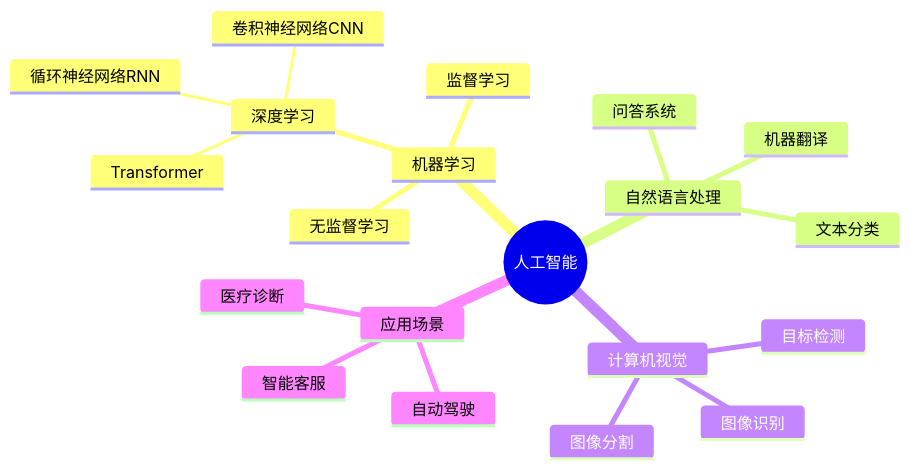
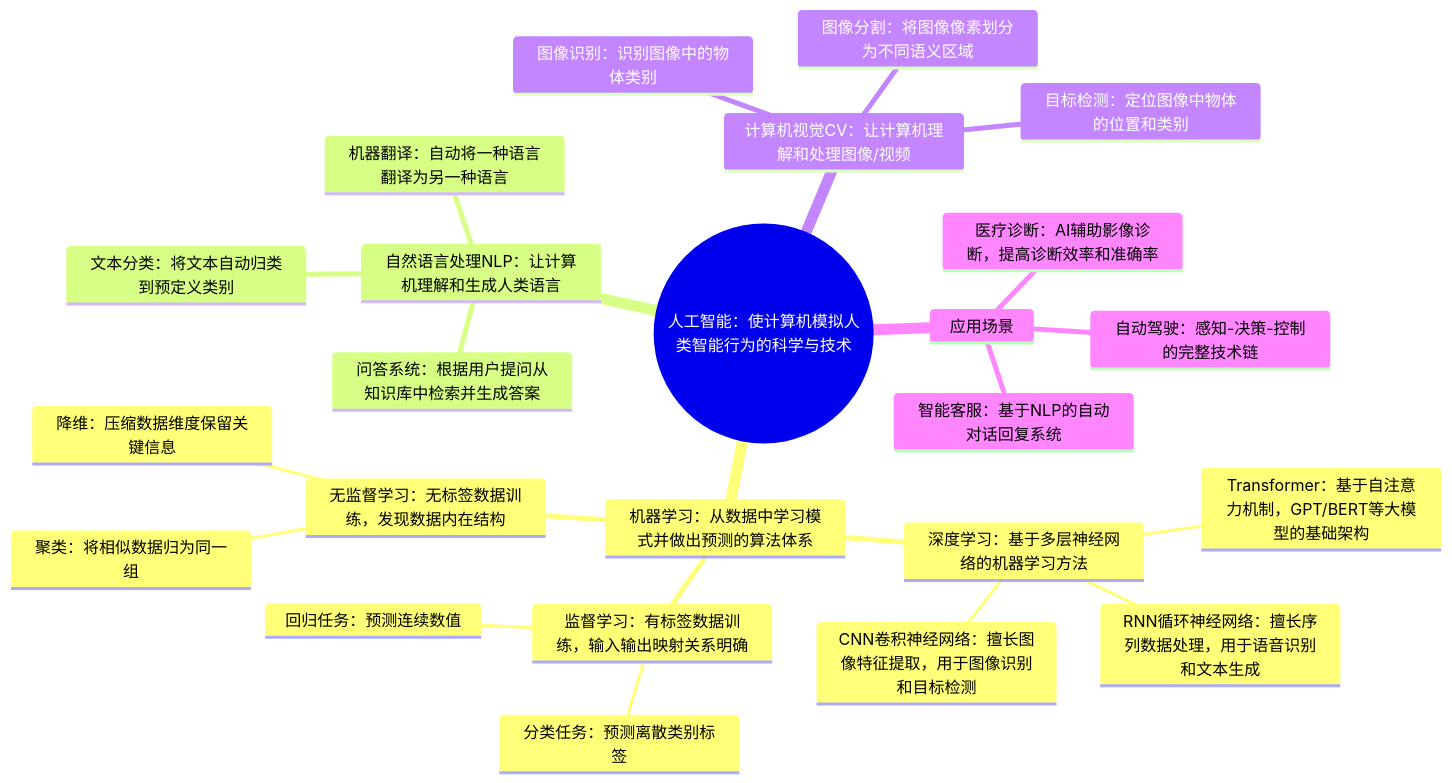
One commit to heisen-li/heisen-skills changed the second of 2 diagrams in mm2map/references/mermaid-syntax.md. Above: the diagram before and after it, drawn with Mermaid. The commit also changed other lines of this file and 9 other files, not shown here.

````diff
--- a/mm2map/references/mermaid-syntax.md
+++ b/mm2map/references/mermaid-syntax.md
@@ -30,23 +32,27 @@
 ```mermaid
 mindmap
-  root((人工智能))
-    机器学习
-      深度学习
-        卷积神经网络CNN
-        循环神经网络RNN
-        Transformer
-      监督学习
-      无监督学习
-    自然语言处理
-      文本分类
-      机器翻译
-      问答系统
-    计算机视觉
-      图像识别
-      目标检测
-      图像分割
+  root((人工智能：使计算机模拟人类智能行为的科学与技术))
+    机器学习：从数据中学习模式并做出预测的算法体系
+      深度学习：基于多层神经网络的机器学习方法
+        CNN卷积神经网络：擅长图像特征提取，用于图像识别和目标检测
+        RNN循环神经网络：擅长序列数据处理，用于语音识别和文本生成
+        Transformer：基于自注意力机制，GPT/BERT等大模型的基础架构
+      监督学习：有标签数据训练，输入输出映射关系明确
+        分类任务：预测离散类别标签
+        回归任务：预测连续数值
+      无监督学习：无标签数据训练，发现数据内在结构
+        聚类：将相似数据归为同一组
+        降维：压缩数据维度保留关键信息
+    自然语言处理NLP：让计算机理解和生成人类语言
+      文本分类：将文本自动归类到预定义类别
+      机器翻译：自动将一种语言翻译为另一种语言
+      问答系统：根据用户提问从知识库中检索并生成答案
+    计算机视觉CV：让计算机理解和处理图像/视频
+      图像识别：识别图像中的物体类别
+      目标检测：定位图像中物体的位置和类别
+      图像分割：将图像像素划分为不同语义区域
     应用场景
-      医疗诊断
-      自动驾驶
-      智能客服
+      医疗诊断：AI辅助影像诊断，提高诊断效率和准确率
+      自动驾驶：感知-决策-控制的完整技术链
+      智能客服：基于NLP的自动对话回复系统
 ```
````
